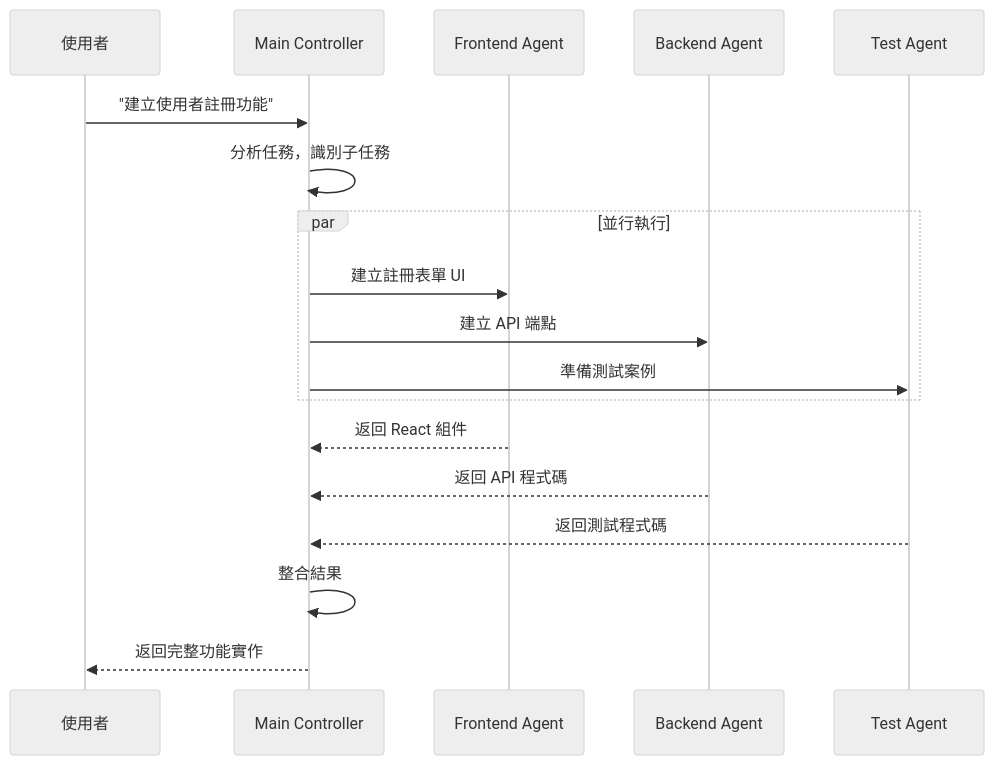
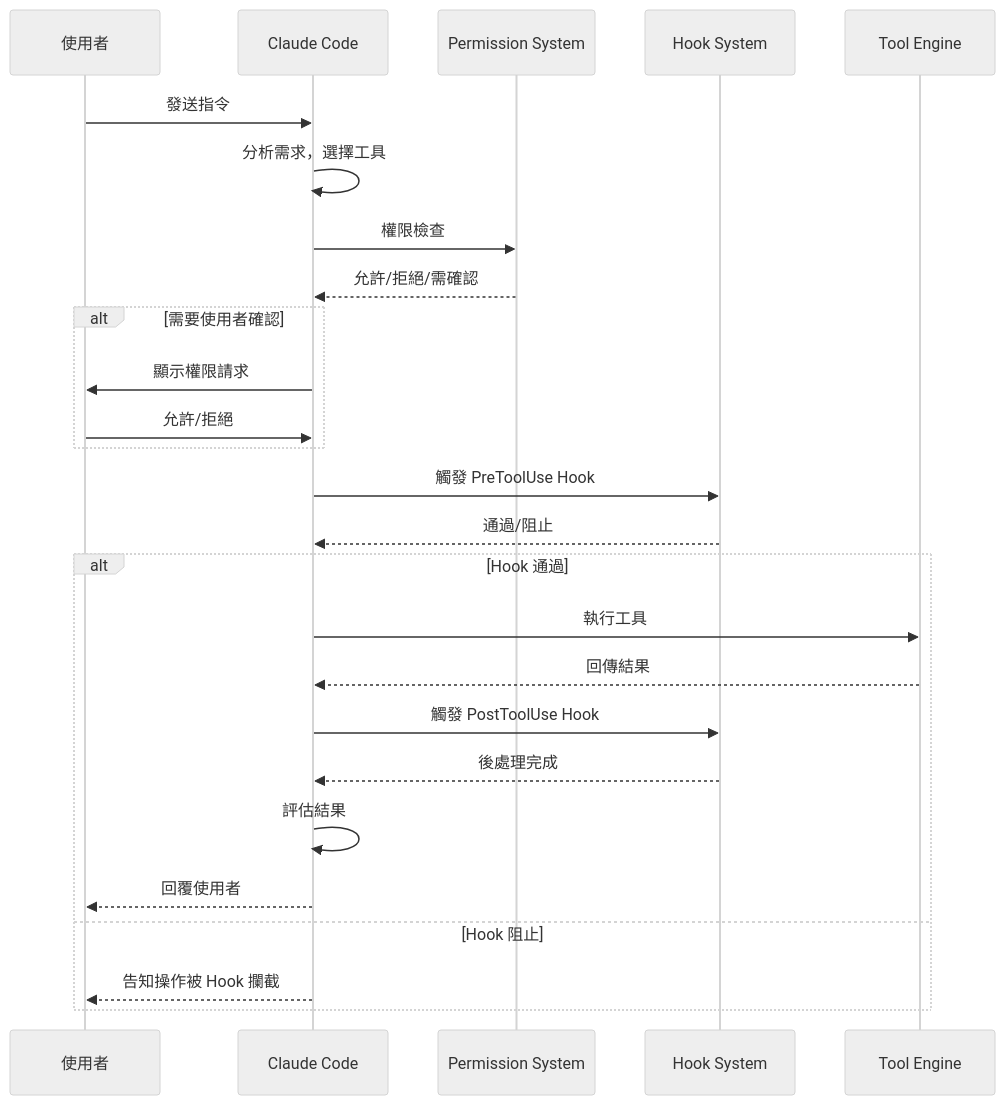
One commit to chihhung/Blog changed the tenth of 57 diagrams in content/posts/教學/AI開發/Claude Code生態圈教學手冊.md. Above: the diagram before and after it, drawn with Mermaid (neutral theme). The commit also changed other lines of this file and 3 other files, not shown here.

Commit message:
新增 OpenAI Codex 生態系教學手冊、expand_doc.py，更新 Claude Code 及 opencode 教學手冊

````diff
--- a/content/posts/教學/AI開發/Claude Code生態圈教學手冊.md
+++ b/content/posts/教學/AI開發/Claude Code生態圈教學手冊.md
@@ -663,25 +953,32 @@
 ```mermaid
 sequenceDiagram
     participant U as 使用者
-    participant MC as Main Controller
-    participant FA as Frontend Agent
-    participant BA as Backend Agent
-    participant TA as Test Agent
+    participant C as Claude Code
+    participant P as Permission System
+    participant H as Hook System
+    participant T as Tool Engine
+
+    U->>C: 發送指令
+    C->>C: 分析需求，選擇工具
+    C->>P: 權限檢查
+    P-->>C: 允許/拒絕/需確認
     
-    U->>MC: "建立使用者註冊功能"
-    
-    MC->>MC: 分析任務，識別子任務
-    
-    par 並行執行
-        MC->>FA: 建立註冊表單 UI
-        MC->>BA: 建立 API 端點
-        MC->>TA: 準備測試案例
+    alt 需要使用者確認
+        C->>U: 顯示權限請求
+        U->>C: 允許/拒絕
     end
     
-    FA-->>MC: 返回 React 組件
-    BA-->>MC: 返回 API 程式碼
-    TA-->>MC: 返回測試程式碼
+    C->>H: 觸發 PreToolUse Hook
+    H-->>C: 通過/阻止
     
-    MC->>MC: 整合結果
-    MC-->>U: 返回完整功能實作
+    alt Hook 通過
+        C->>T: 執行工具
+        T-->>C: 回傳結果
+        C->>H: 觸發 PostToolUse Hook
+        H-->>C: 後處理完成
+        C->>C: 評估結果
+        C-->>U: 回覆使用者
+    else Hook 阻止
+        C-->>U: 告知操作被 Hook 攔截
+    end
 ```
````
